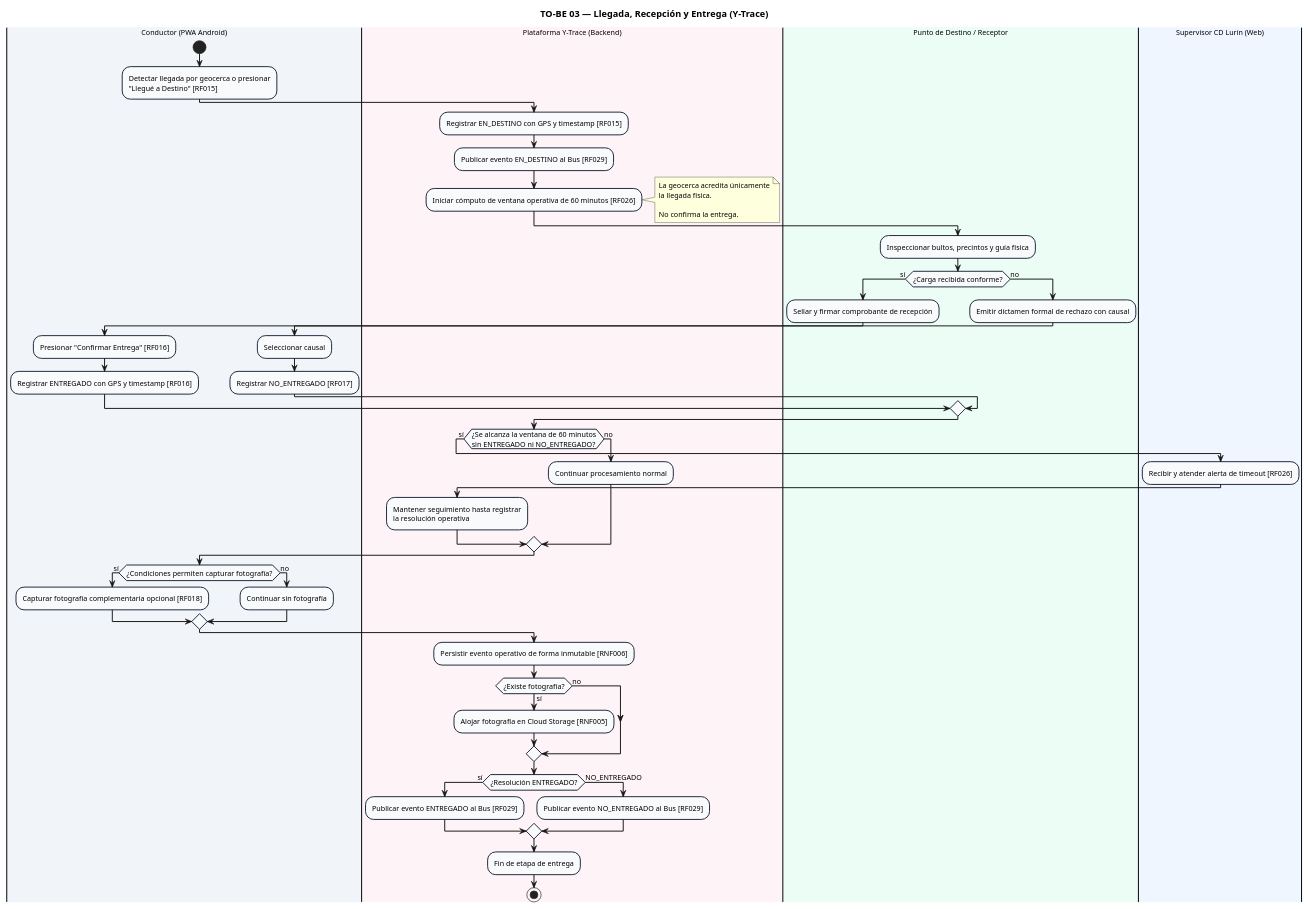
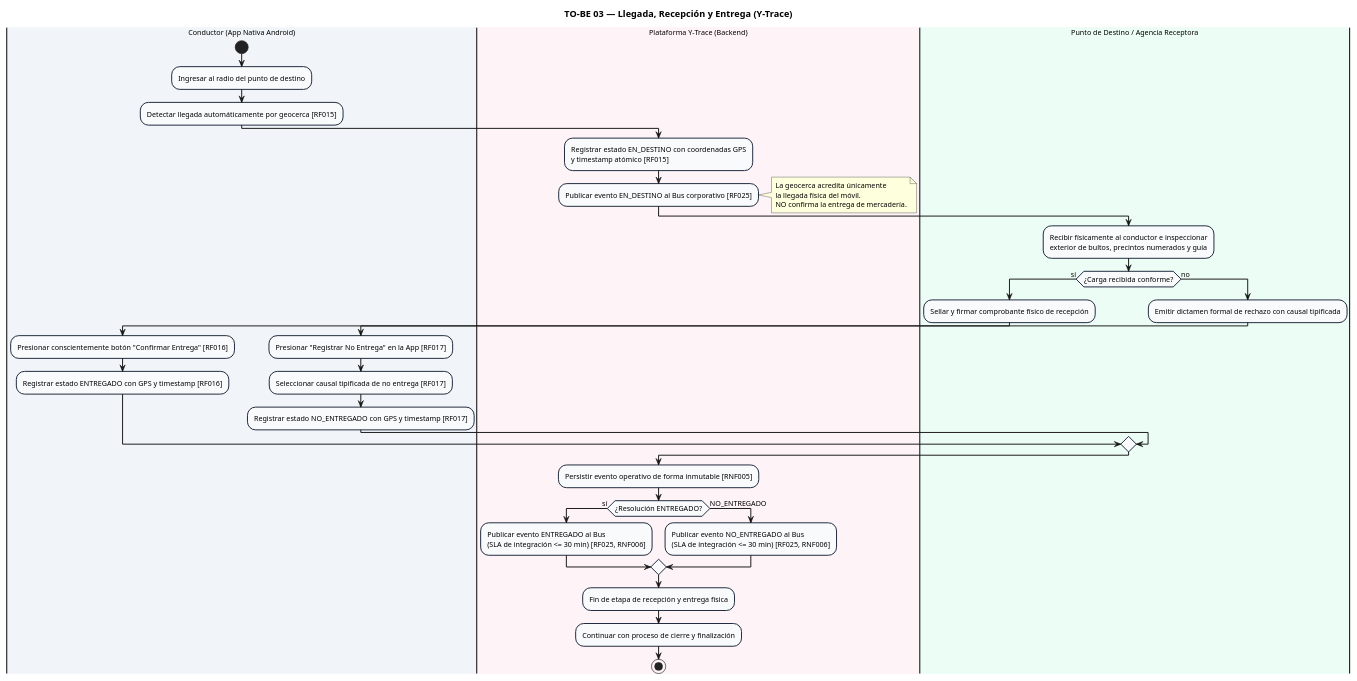
One commit to SaraviaH/arq-emp changed the third of 4 diagrams in diagram de actividades to-be/diagrmas general/diagrmas.md. Above: the diagram before and after it, drawn with PlantUML. The commit also changed other lines of this file and 49 other files, not shown here.

```diff
--- a/diagram de actividades to-be/diagrmas general/diagrmas.md
+++ b/diagram de actividades to-be/diagrmas general/diagrmas.md
@@ -305,96 +304,63 @@
     FontSize 12
 }
 
-|#F1F5F9|Conductor (PWA Android)|
+|#F1F5F9|Conductor (App Nativa Android)|
 start
-:Detectar llegada por geocerca o presionar\n"Llegué a Destino" [RF015];
+:Ingresar al radio del punto de destino;
+:Detectar llegada automáticamente por geocerca [RF015];
 
 |#FEF3F7|Plataforma Y-Trace (Backend)|
-:Registrar EN_DESTINO con GPS y timestamp [RF015];
-:Publicar evento EN_DESTINO al Bus [RF029];
-:Iniciar cómputo de ventana operativa de 60 minutos [RF026];
+:Registrar estado EN_DESTINO con coordenadas GPS
+y timestamp atómico [RF015];
+:Publicar evento EN_DESTINO al Bus corporativo [RF025];
 
 note right
-La geocerca acredita únicamente
-la llegada física.
-
-No confirma la entrega.
+    La geocerca acredita únicamente
+    la llegada física del móvil.
+    NO confirma la entrega de mercadería.
 end note
 
-|#ECFDF5|Punto de Destino / Receptor|
-:Inspeccionar bultos, precintos y guía física;
+|#ECFDF5|Punto de Destino / Agencia Receptora|
+:Recibir físicamente al conductor e inspeccionar
+exterior de bultos, precintos numerados y guía;
 
 if (¿Carga recibida conforme?) then (sí)
 
-    :Sellar y firmar comprobante de recepción;
+    :Sellar y firmar comprobante físico de recepción;
 
-    |#F1F5F9|Conductor (PWA Android)|
-    :Presionar "Confirmar Entrega" [RF016];
-    :Registrar ENTREGADO con GPS y timestamp [RF016];
+    |#F1F5F9|Conductor (App Nativa Android)|
+    :Presionar conscientemente botón "Confirmar Entrega" [RF016];
+    :Registrar estado ENTREGADO con GPS y timestamp [RF016];
 
 else (no)
 
-    |#ECFDF5|Punto de Destino / Receptor|
-    :Emitir dictamen formal de rechazo con causal;
+    |#ECFDF5|Punto de Destino / Agencia Receptora|
+    :Emitir dictamen formal de rechazo con causal tipificada;
 
-    |#F1F5F9|Conductor (PWA Android)|
-    :Seleccionar causal;
-    :Registrar NO_ENTREGADO [RF017];
-
-endif
-
-
-|#FEF3F7|Plataforma Y-Trace (Backend)|
-
-if (¿Se alcanza la ventana de 60 minutos\nsin ENTREGADO ni NO_ENTREGADO?) then (sí)
-
-    |#EFF6FF|Supervisor CD Lurín (Web)|
-    :Recibir y atender alerta de timeout [RF026];
-
-    |#FEF3F7|Plataforma Y-Trace (Backend)|
-    :Mantener seguimiento hasta registrar\nla resolución operativa;
-
-else (no)
-
-    :Continuar procesamiento normal;
-
-endif
-
-
-|#F1F5F9|Conductor (PWA Android)|
-
-if (¿Condiciones permiten capturar fotografía?) then (sí)
-
-    :Capturar fotografía complementaria opcional [RF018];
-
-else (no)
-
-    :Continuar sin fotografía;
+    |#F1F5F9|Conductor (App Nativa Android)|
+    :Presionar "Registrar No Entrega" en la App [RF017];
+    :Seleccionar causal tipificada de no entrega [RF017];
+    :Registrar estado NO_ENTREGADO con GPS y timestamp [RF017];
 
 endif
 
 |#FEF3F7|Plataforma Y-Trace (Backend)|
-:Persistir evento operativo de forma inmutable [RNF006];
+:Persistir evento operativo de forma inmutable [RNF005];
 
-if (¿Existe fotografía?) then (sí)
+if (¿Resolución ENTREGADO?) then (sí)
 
-    :Alojar fotografía en Cloud Storage [RNF005];
+    :Publicar evento ENTREGADO al Bus
+    (SLA de integración <= 30 min) [RF025, RNF006];
 
-else (no)
+else (NO_ENTREGADO)
+
+    :Publicar evento NO_ENTREGADO al Bus
+    (SLA de integración <= 30 min) [RF025, RNF006];
 
 endif
 
-if (¿Resolución ENTREGADO?) then (sí)
-
-    :Publicar evento ENTREGADO al Bus [RF029];
-
-else (NO_ENTREGADO)
-
-    :Publicar evento NO_ENTREGADO al Bus [RF029];
-
-endif
-
-:Fin de etapa de entrega;
+:Fin de etapa de recepción y entrega física;
+:Continuar con proceso de cierre y finalización;
 
 stop
 
```
